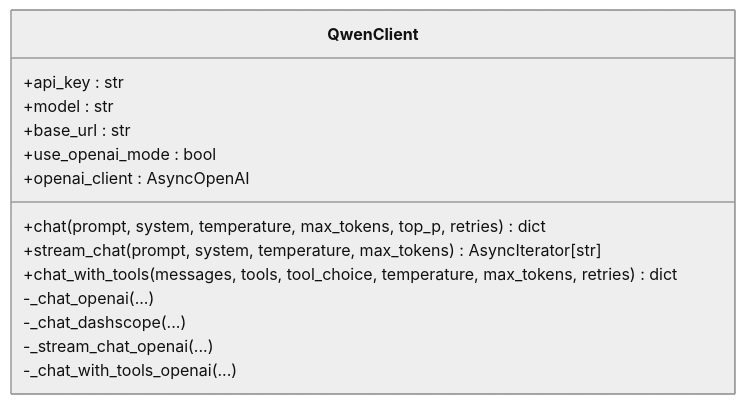
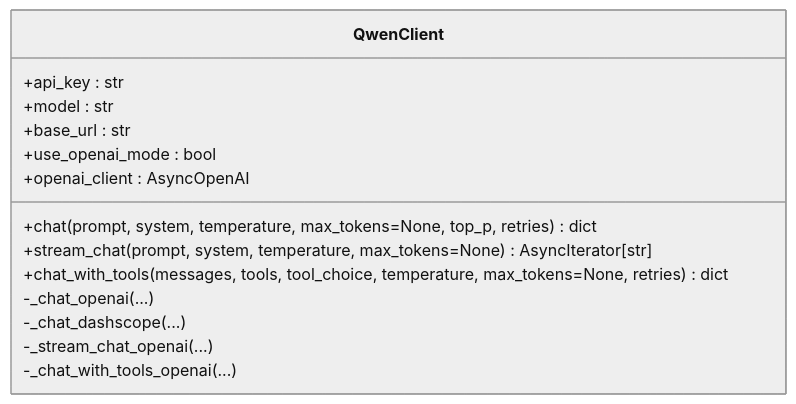
The third of 7 diagrams in .qoder/repowiki/zh/content/LLM集成架构/LLM客户端封装.md (xfbyxq/ai-novel-system), drawn with Mermaid (neutral theme) before and after one commit. The commit also changed other lines of this file and 3 other files, not shown here.

````diff
--- a/.qoder/repowiki/zh/content/LLM集成架构/LLM客户端封装.md
+++ b/.qoder/repowiki/zh/content/LLM集成架构/LLM客户端封装.md
@@ -179,17 +188,17 @@
 ```mermaid
 classDiagram
 class QwenClient {
 +api_key : str
 +model : str
 +base_url : str
 +use_openai_mode : bool
 +openai_client : AsyncOpenAI
-+chat(prompt, system, temperature, max_tokens, top_p, retries) dict
-+stream_chat(prompt, system, temperature, max_tokens) AsyncIterator[str]
-+chat_with_tools(messages, tools, tool_choice, temperature, max_tokens, retries) dict
++chat(prompt, system, temperature, max_tokens=None, top_p, retries) dict
++stream_chat(prompt, system, temperature, max_tokens=None) AsyncIterator[str]
++chat_with_tools(messages, tools, tool_choice, temperature, max_tokens=None, retries) dict
 -_chat_openai(...)
 -_chat_dashscope(...)
 -_stream_chat_openai(...)
 -_chat_with_tools_openai(...)
 }
 ```
````
